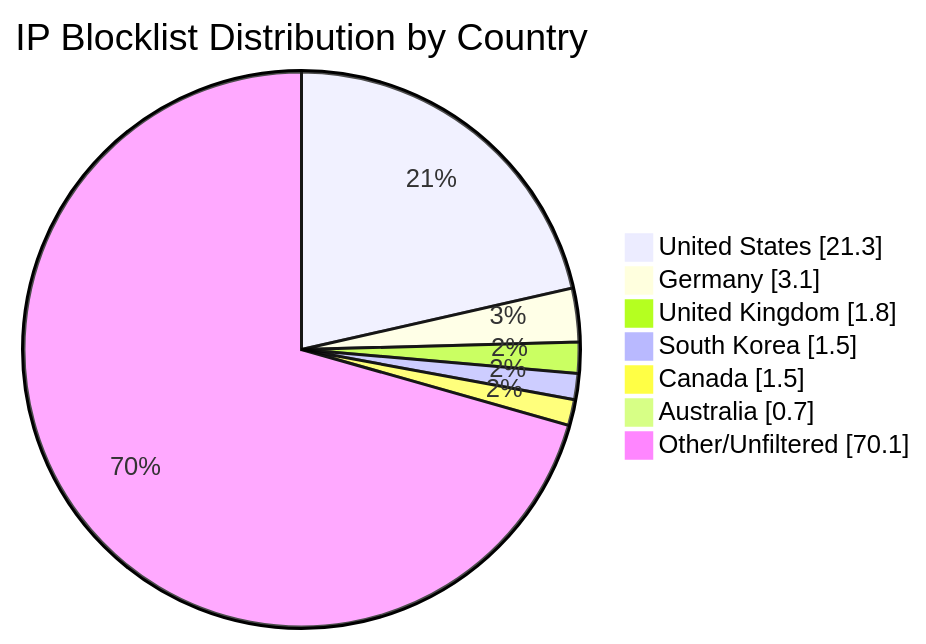
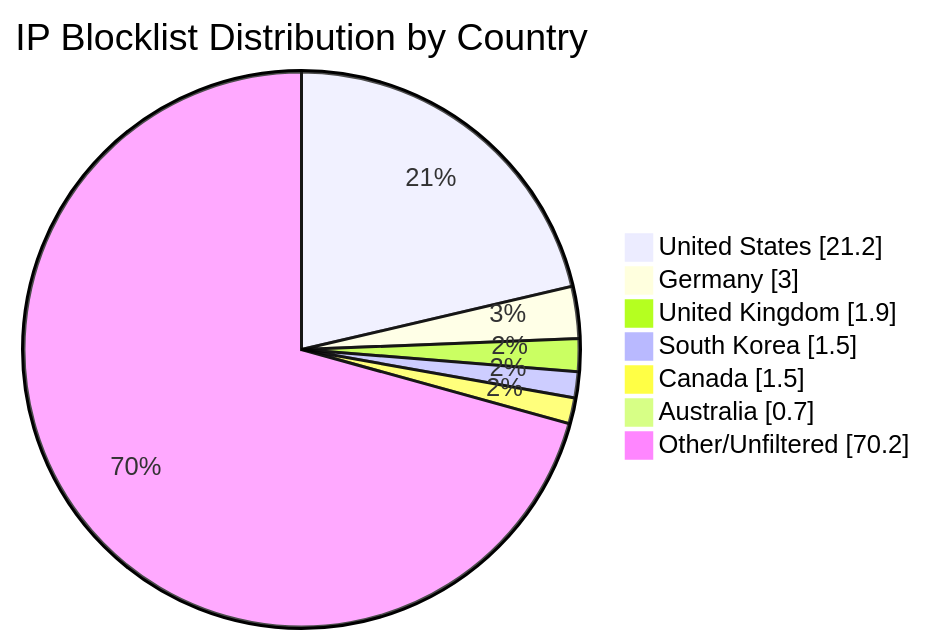
The diagram in README.md (MarcusHoltz/ipblocklist-geofiltered-aggregator), drawn with Mermaid before and after one commit. The commit also changed other lines of this file and 9 other files, not shown here.

````diff
--- a/README.md
+++ b/README.md
@@ -34,10 +34,10 @@
 ```mermaid
 pie showData title IP Blocklist Distribution by Country
-"United States" : 21.3
-"Germany" : 3.1
-"United Kingdom" : 1.8
+"United States" : 21.2
+"Germany" : 3.0
+"United Kingdom" : 1.9
 "South Korea" : 1.5
 "Canada" : 1.5
 "Australia" : 0.7
-"Other/Unfiltered" : 70.1
+"Other/Unfiltered" : 70.2
 ```
````
